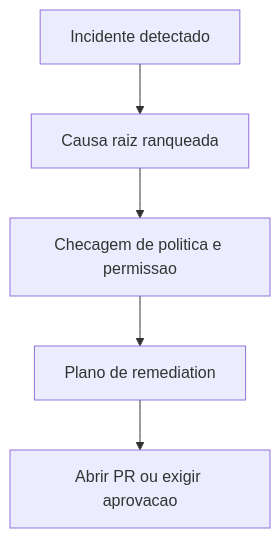
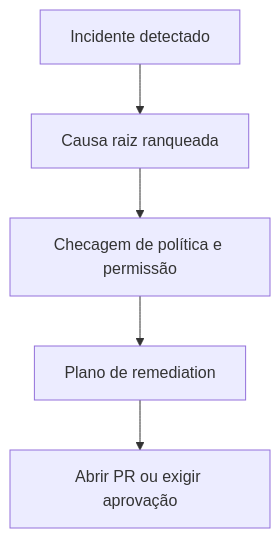
One commit to obtraceai/obtrace-docs changed the diagram in content/docs/concepts/how-ai-decides-to-open-a-pr.pt-BR.mdx. Above: the diagram before and after it, drawn with Mermaid. The commit also changed other lines of this file and 37 other files, not shown here.

````diff
--- a/content/docs/concepts/how-ai-decides-to-open-a-pr.pt-BR.mdx
+++ b/content/docs/concepts/how-ai-decides-to-open-a-pr.pt-BR.mdx
@@ -24,7 +24,7 @@
 ```mermaid
 flowchart TD
   A[Incidente detectado] --> B[Causa raiz ranqueada]
-  B --> C[Checagem de politica e permissao]
+  B --> C[Checagem de política e permissão]
   C --> D[Plano de remediation]
-  D --> E[Abrir PR ou exigir aprovacao]
+  D --> E[Abrir PR ou exigir aprovação]
 ```
````
